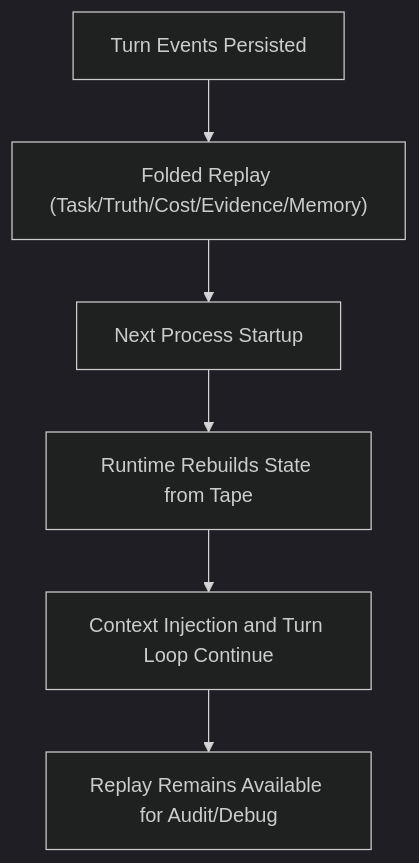
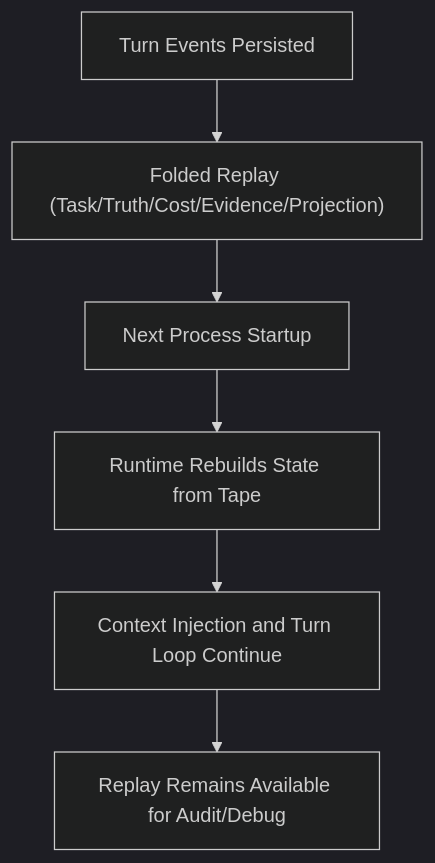
One commit to arcthur/Brewva changed the diagram in docs/journeys/session-handoff-and-reference.md. Above: the diagram before and after it, drawn with Mermaid (dark theme). The commit also changed other lines of this file and 100 other files, not shown here.

````diff
--- a/docs/journeys/session-handoff-and-reference.md
+++ b/docs/journeys/session-handoff-and-reference.md
@@ -8,8 +8,8 @@
 ```mermaid
 flowchart TD
-  A["Turn Events Persisted"] --> B["Folded Replay (Task/Truth/Cost/Evidence/Memory)"]
+  A["Turn Events Persisted"] --> B["Folded Replay (Task/Truth/Cost/Evidence/Projection)"]
   B --> C["Next Process Startup"]
   C --> D["Runtime Rebuilds State from Tape"]
   D --> E["Context Injection and Turn Loop Continue"]
   E --> F["Replay Remains Available for Audit/Debug"]
 ```
````
